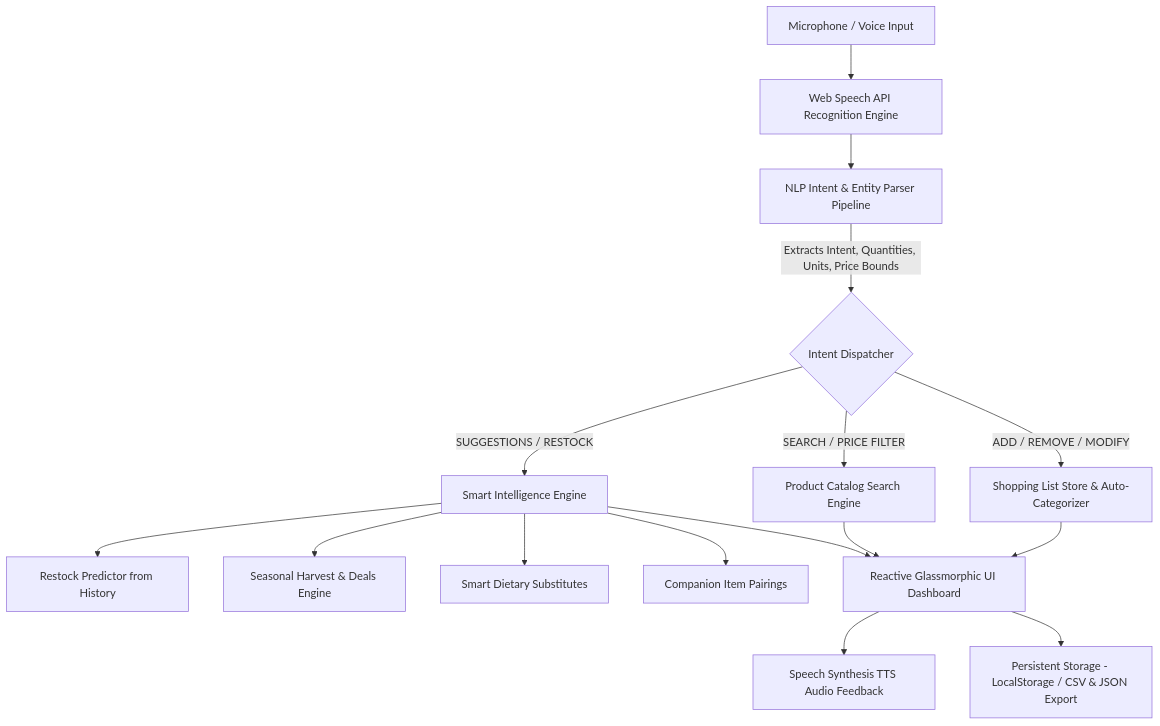
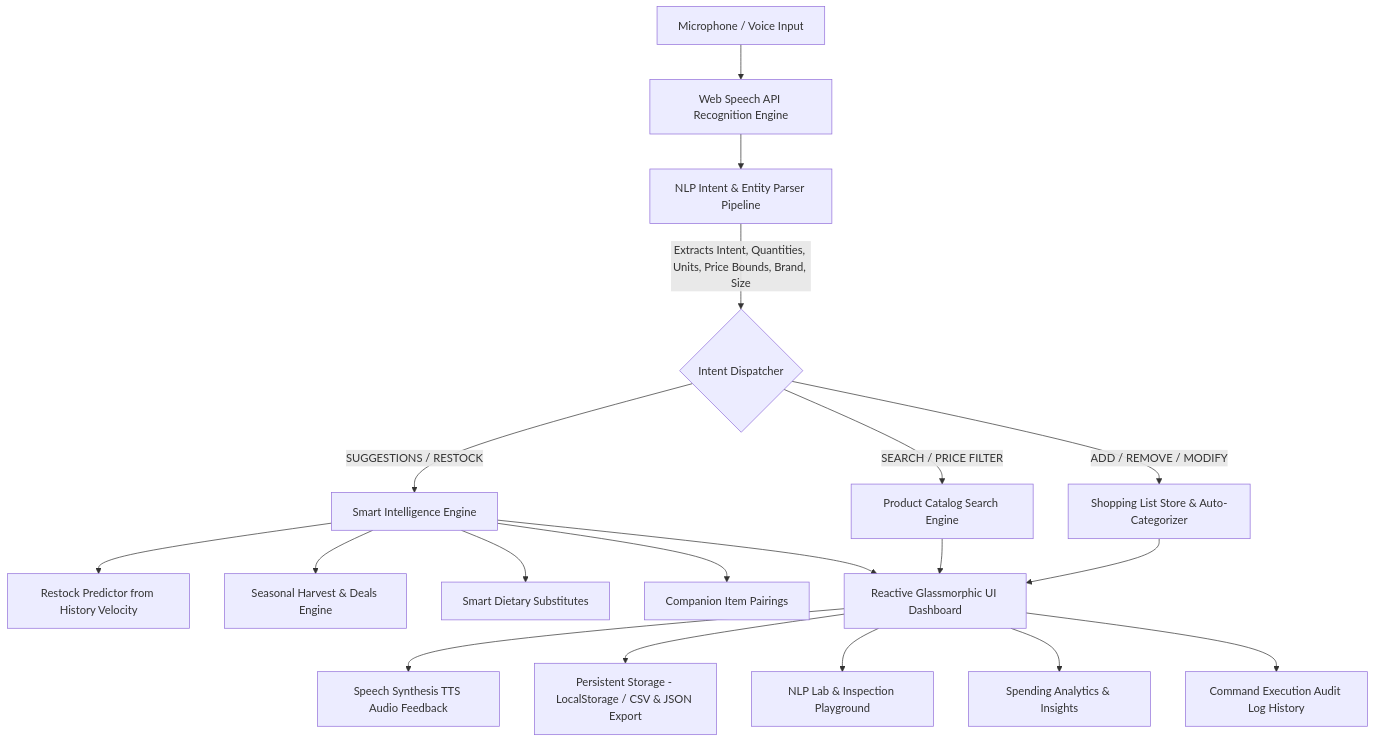
Before and after one commit to MAYANK479/voice_cart_ai: the diagram in README.md, drawn with Mermaid. The commit also changed other lines of this file and 18 other files, not shown here.

Commit message:
feat: upgrade VoiceCart AI with restrained dark theme, NLP card, Insights, History, NLP Lab, and 25 unit tests

````diff
--- a/README.md
+++ b/README.md
@@ -56,23 +56,26 @@
 ```mermaid
 graph TD
     A[Microphone / Voice Input] --> B[Web Speech API Recognition Engine]
     B --> C[NLP Intent & Entity Parser Pipeline]
     
-    C -->|Extracts Intent, Quantities, Units, Price Bounds| D{Intent Dispatcher}
+    C -->|Extracts Intent, Quantities, Units, Price Bounds, Brand, Size| D{Intent Dispatcher}
     
     D -->|ADD / REMOVE / MODIFY| E[Shopping List Store & Auto-Categorizer]
     D -->|SEARCH / PRICE FILTER| F[Product Catalog Search Engine]
     D -->|SUGGESTIONS / RESTOCK| G[Smart Intelligence Engine]
     
-    G --> G1[Restock Predictor from History]
+    G --> G1[Restock Predictor from History Velocity]
     G --> G2[Seasonal Harvest & Deals Engine]
     G --> G3[Smart Dietary Substitutes]
     G --> G4[Companion Item Pairings]
     
     E --> H[Reactive Glassmorphic UI Dashboard]
     F --> H
     G --> H
     
     H --> I[Speech Synthesis TTS Audio Feedback]
     H --> J[Persistent Storage - LocalStorage / CSV & JSON Export]
+    H --> K[NLP Lab & Inspection Playground]
+    H --> L[Spending Analytics & Insights]
+    H --> M[Command Execution Audit Log History]
 ```
````
